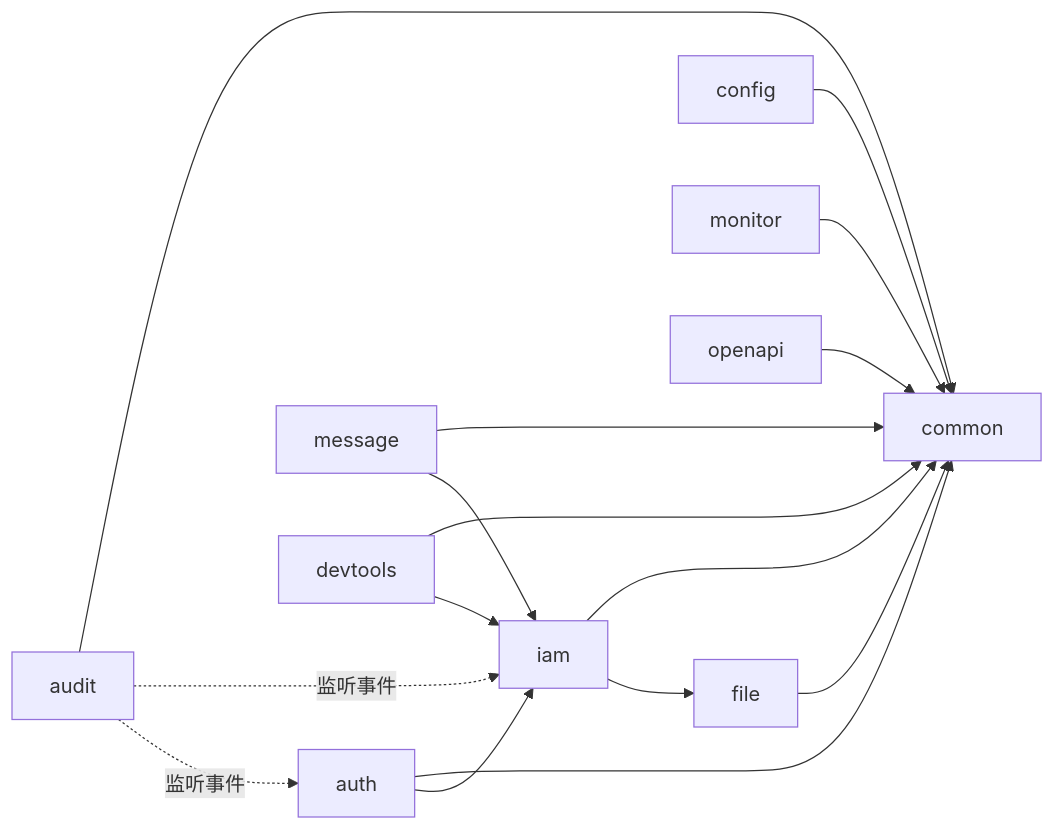
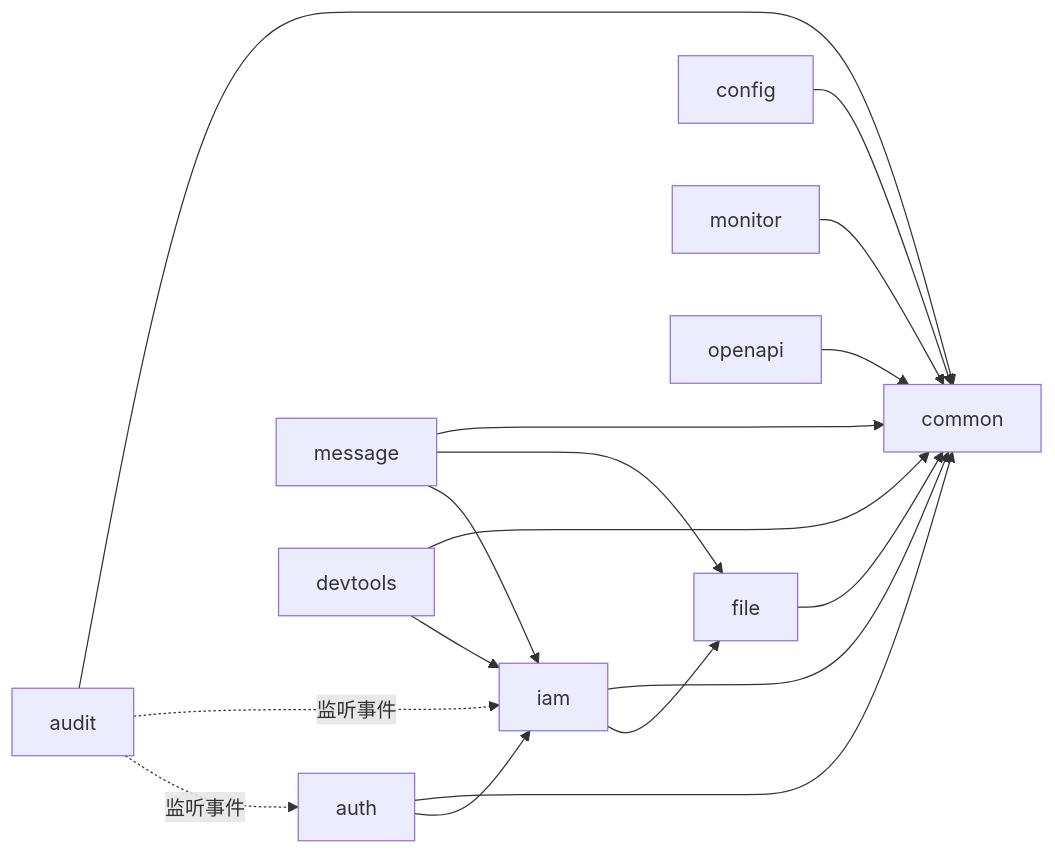
One commit to ice-juice/spring-modulith-admin changed the diagram in README.md. Above: the diagram before and after it, drawn with Mermaid. The commit also changed other lines of this file and 24 other files, not shown here.

````diff
--- a/README.md
+++ b/README.md
@@ -66,10 +66,11 @@
 ```mermaid
 flowchart LR
   auth --> iam
   iam --> file
   message --> iam
+  message --> file
   devtools --> iam
   audit -. 监听事件 .-> auth
   audit -. 监听事件 .-> iam
   iam & auth & config & audit & message & file & monitor & devtools & openapi --> common
 ```
````
